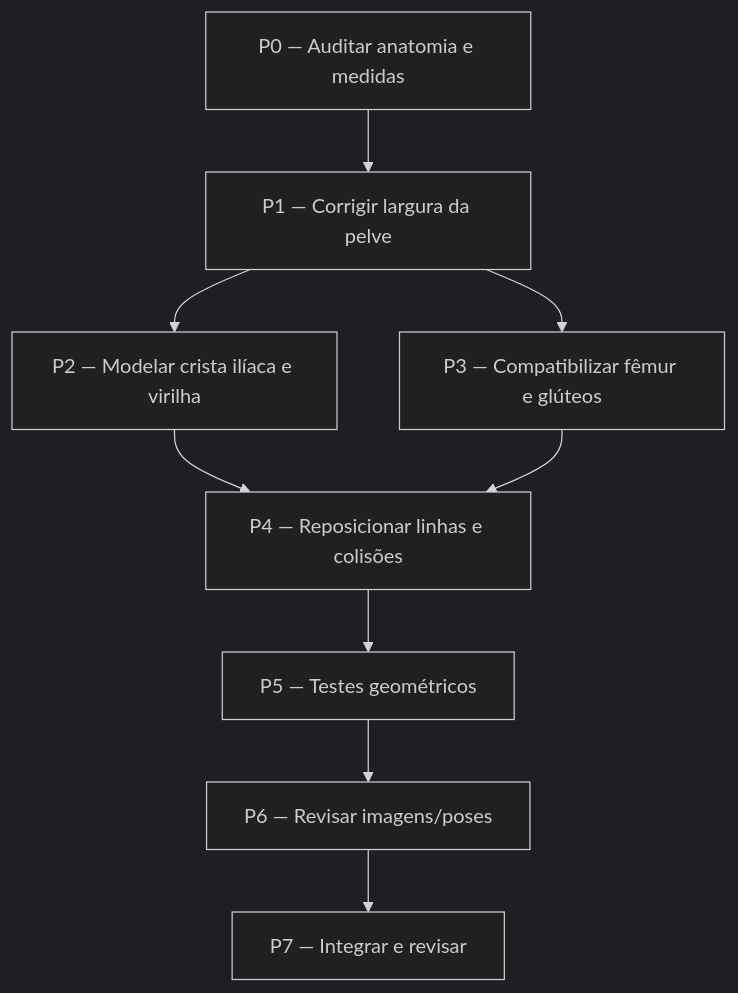
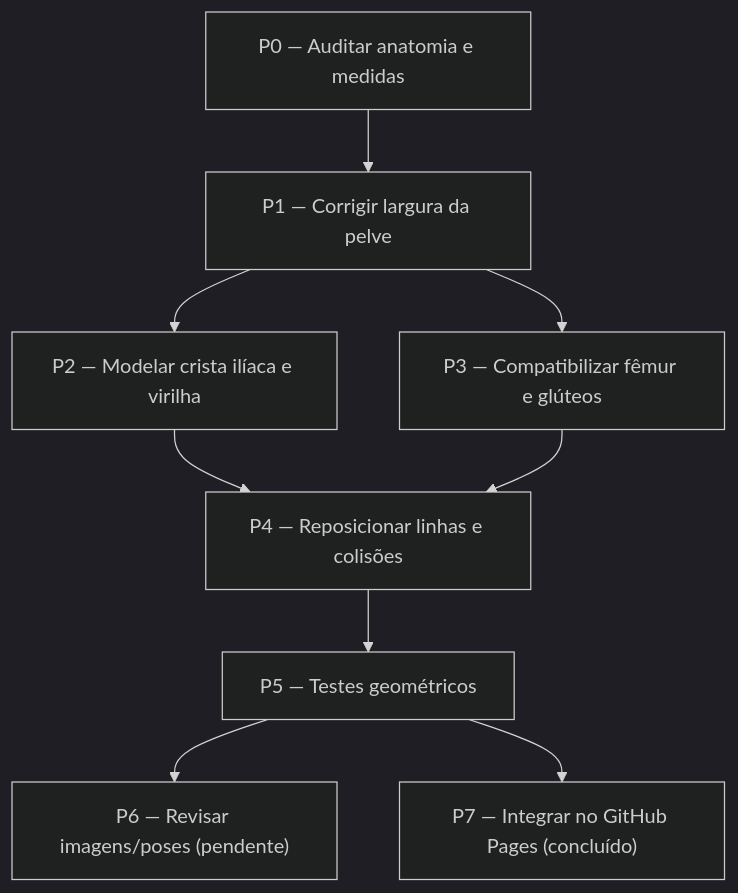
One commit to 4lexandre33/4lexandre33.github.io changed the diagram in geomannequin/docs/task-graph-pelve.md. Above: the diagram before and after it, drawn with Mermaid (dark theme). The commit also changed other lines of this file, not shown here.

Commit message:
Document merged pelvis fix and remaining visual review

````diff
--- a/geomannequin/docs/task-graph-pelve.md
+++ b/geomannequin/docs/task-graph-pelve.md
@@ -7,11 +7,11 @@
 ```mermaid
 flowchart TD
     P0["P0 — Auditar anatomia e medidas"] --> P1["P1 — Corrigir largura da pelve"]
     P1 --> P2["P2 — Modelar crista ilíaca e virilha"]
     P1 --> P3["P3 — Compatibilizar fêmur e glúteos"]
     P2 --> P4["P4 — Reposicionar linhas e colisões"]
     P3 --> P4
     P4 --> P5["P5 — Testes geométricos"]
-    P5 --> P6["P6 — Revisar imagens/poses"]
-    P6 --> P7["P7 — Integrar e revisar"]
+    P5 --> P6["P6 — Revisar imagens/poses (pendente)"]
+    P5 --> P7["P7 — Integrar no GitHub Pages (concluído)"]
 ```
````
